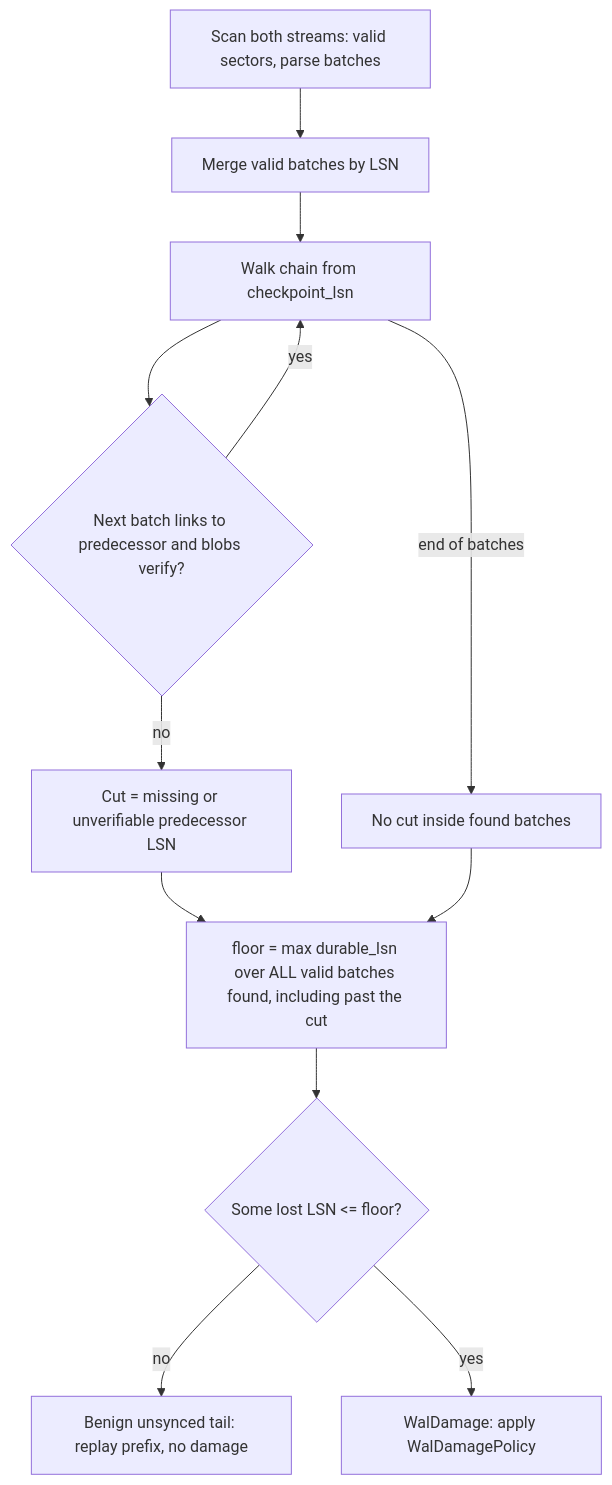
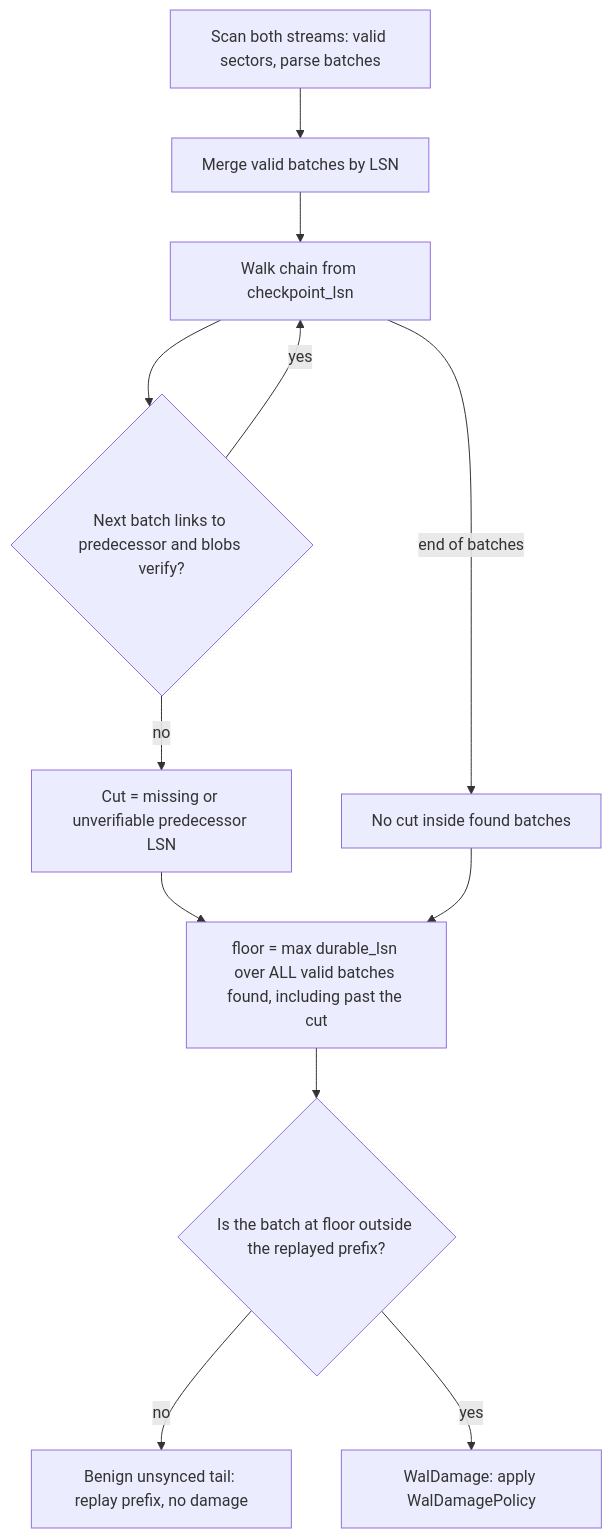
The diagram in docs/ARCHITECTURE.md (toyoshim-i/aydb), drawn with Mermaid before and after one commit. The commit also changed other lines of this file and 4 other files, not shown here.

````diff
--- a/docs/ARCHITECTURE.md
+++ b/docs/ARCHITECTURE.md
@@ -206,14 +206,14 @@
 ```mermaid
 flowchart TD
     A[Scan both streams: valid sectors, parse batches] --> B[Merge valid batches by LSN]
     B --> C[Walk chain from checkpoint_lsn]
     C --> D{Next batch links to predecessor and blobs verify?}
     D -- yes --> C
     D -- no --> E[Cut = missing or unverifiable predecessor LSN]
     C -- end of batches --> F[No cut inside found batches]
     E --> G[floor = max durable_lsn over ALL valid batches found, including past the cut]
     F --> G
-    G --> H{Some lost LSN <= floor?}
+    G --> H{Is the batch at floor outside the replayed prefix?}
     H -- no --> I[Benign unsynced tail: replay prefix, no damage]
     H -- yes --> J[WalDamage: apply WalDamagePolicy]
 ```
````
